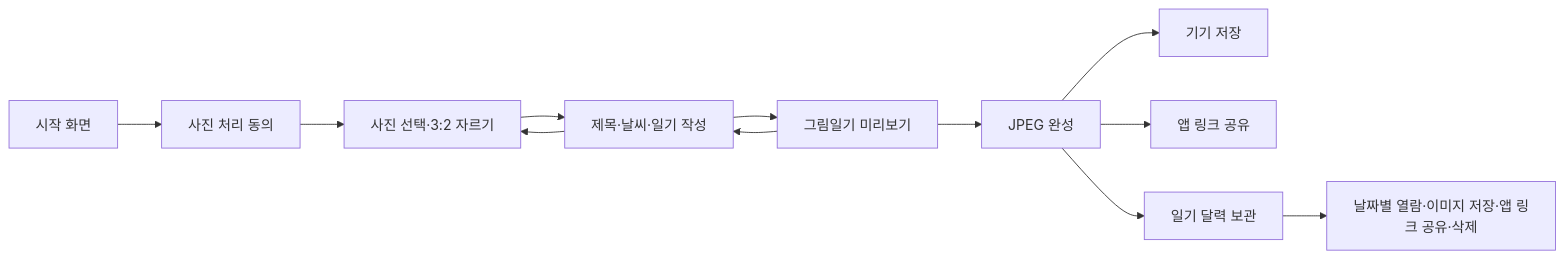
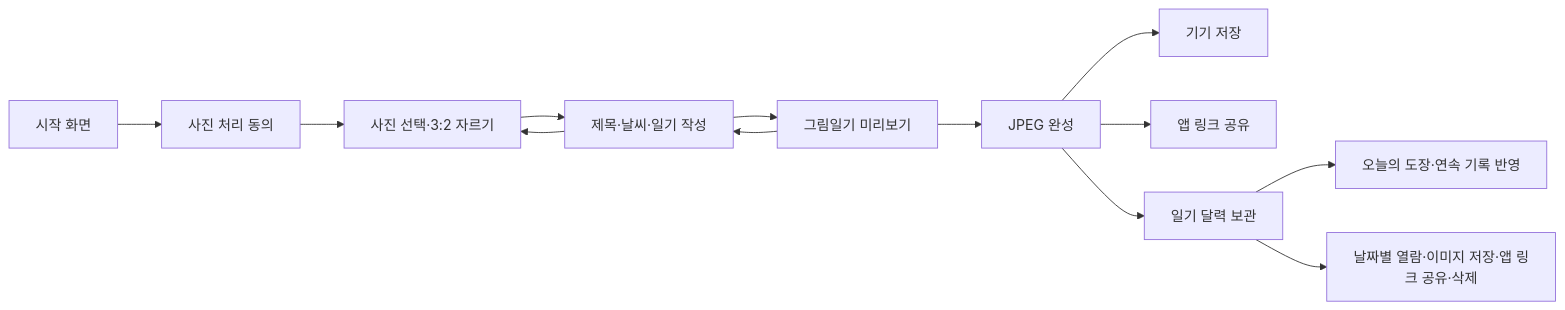
One commit to SummerVacationDiaryTMD/Summer_Vacation_Diary changed the diagram in README.md. Above: the diagram before and after it, drawn with Mermaid. The commit also changed other lines of this file and 16 other files, not shown here.

````diff
--- a/README.md
+++ b/README.md
@@ -109,14 +110,15 @@
 ```mermaid
 flowchart LR
     O["시작 화면"] --> U["사진 처리 동의"]
     U --> C["사진 선택·3:2 자르기"]
     C --> W["제목·날씨·일기 작성"]
     W --> P["그림일기 미리보기"]
     P --> F["JPEG 완성"]
     F --> S["기기 저장"]
     F --> H["앱 링크 공유"]
     F --> A["일기 달력 보관"]
+    A --> R["오늘의 도장·연속 기록 반영"]
     A --> V["날짜별 열람·이미지 저장·앱 링크 공유·삭제"]
     P --> W
     W --> C
 ```
````
